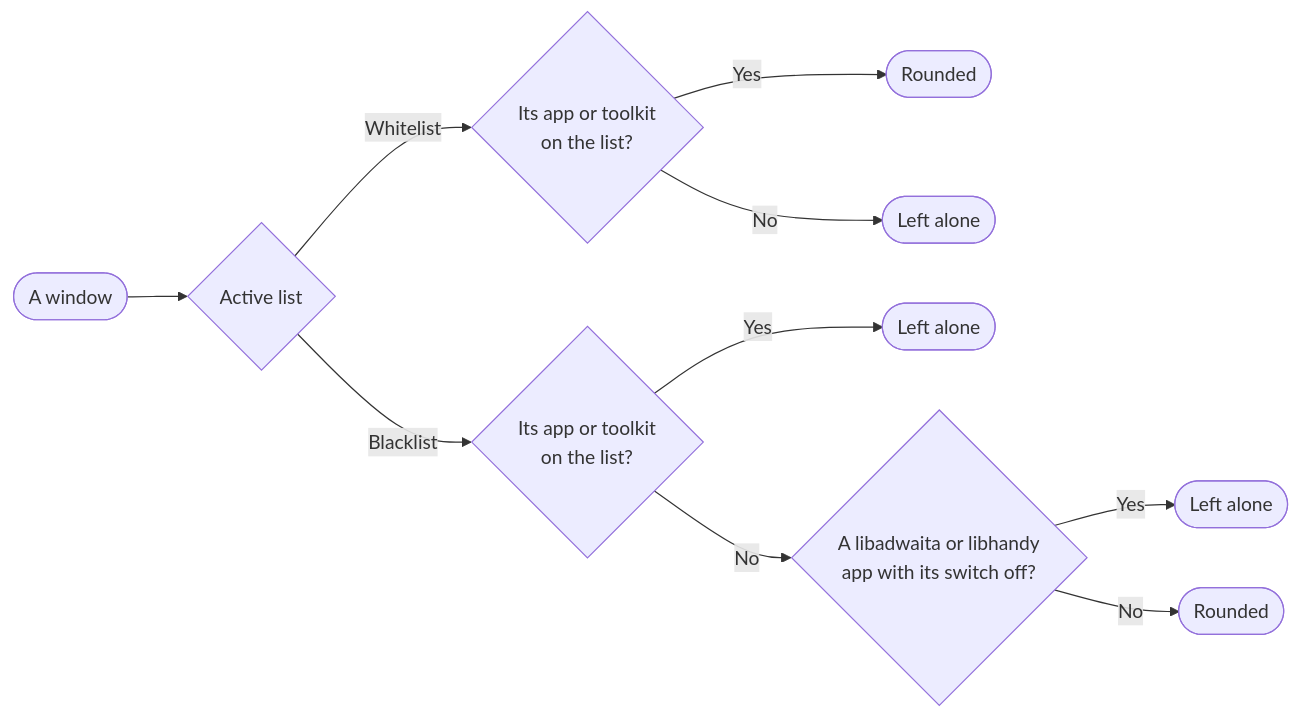
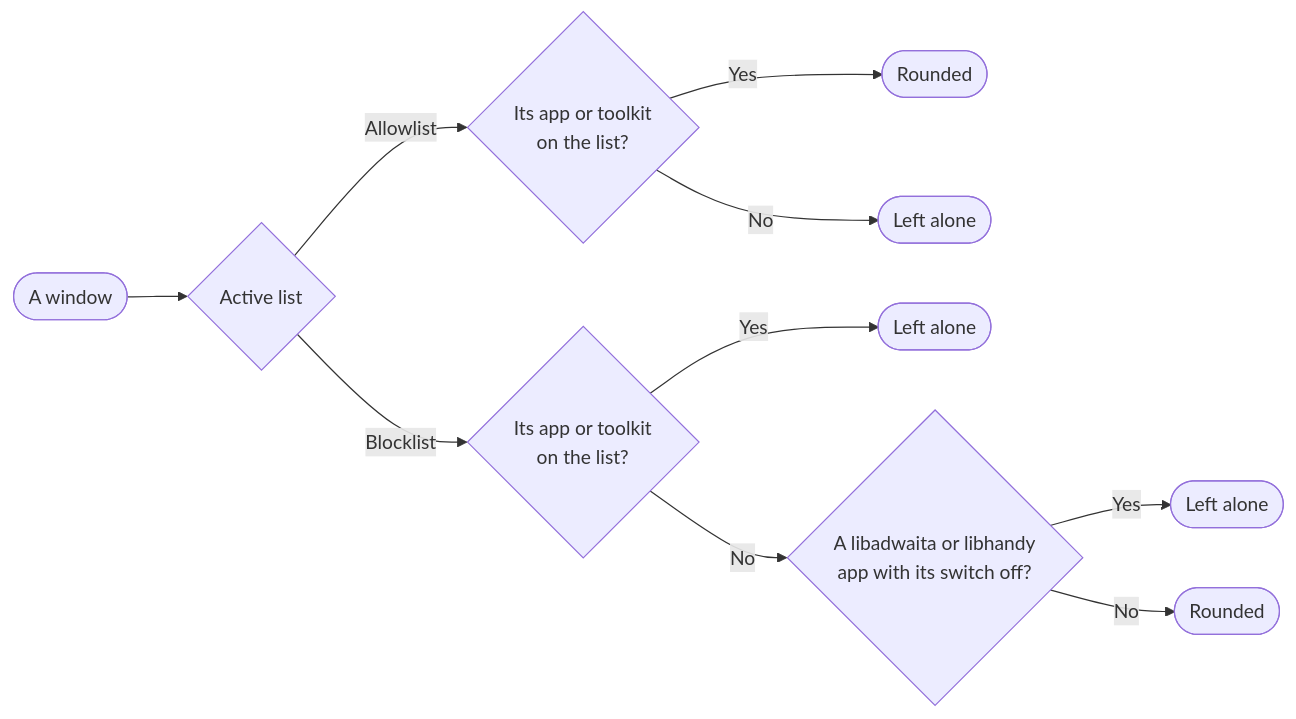
One commit to ztrahmet/rounded-window-corners changed the first of 2 diagrams in docs/customization.md. Above: the diagram before and after it, drawn with Mermaid. The commit also changed other lines of this file and 24 other files, not shown here.

First line of the commit message:
Name toolkits and the blocklist and allowlist the same everywhere

````diff
--- a/docs/customization.md
+++ b/docs/customization.md
@@ -59,12 +59,12 @@
 ```mermaid
 flowchart LR
     window([A window]) --> list{Active list}
-    list -- Whitelist --> whitelisted{Its app or toolkit<br>on the list?}
-    whitelisted -- Yes --> rounded1([Rounded])
-    whitelisted -- No --> left1([Left alone])
-    list -- Blacklist --> blacklisted{Its app or toolkit<br>on the list?}
-    blacklisted -- Yes --> left2([Left alone])
-    blacklisted -- No --> switch{A libadwaita or libhandy<br>app with its switch off?}
+    list -- Allowlist --> allowlisted{Its app or toolkit<br>on the list?}
+    allowlisted -- Yes --> rounded1([Rounded])
+    allowlisted -- No --> left1([Left alone])
+    list -- Blocklist --> blocklisted{Its app or toolkit<br>on the list?}
+    blocklisted -- Yes --> left2([Left alone])
+    blocklisted -- No --> switch{A libadwaita or libhandy<br>app with its switch off?}
     switch -- Yes --> left3([Left alone])
     switch -- No --> rounded2([Rounded])
 ```
````
